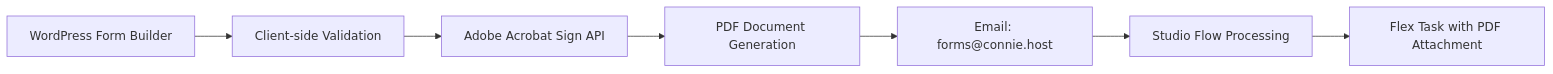
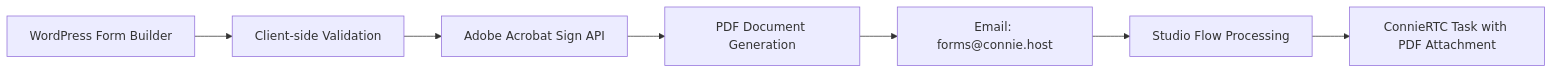
One commit to ConnieML/docs.connie changed the second of 4 diagrams in docs/developers/building/feature-management/channels/web/implementation-guide.md. Above: the diagram before and after it, drawn with Mermaid. The commit also changed other lines of this file and 120 other files, not shown here.

Commit message:
Replace Twilio with Connie and Flex with ConnieRTC throughout documentation

````diff
--- a/docs/developers/building/feature-management/channels/web/implementation-guide.md
+++ b/docs/developers/building/feature-management/channels/web/implementation-guide.md
@@ -57,9 +57,9 @@
 ```mermaid
 flowchart LR
     A[WordPress Form Builder] --> B[Client-side Validation]
     B --> C[Adobe Acrobat Sign API]
     C --> D[PDF Document Generation]
     D --> E[Email: forms@connie.host]
     E --> F[Studio Flow Processing]
-    F --> G[Flex Task with PDF Attachment]
+    F --> G[ConnieRTC Task with PDF Attachment]
 ```
````
